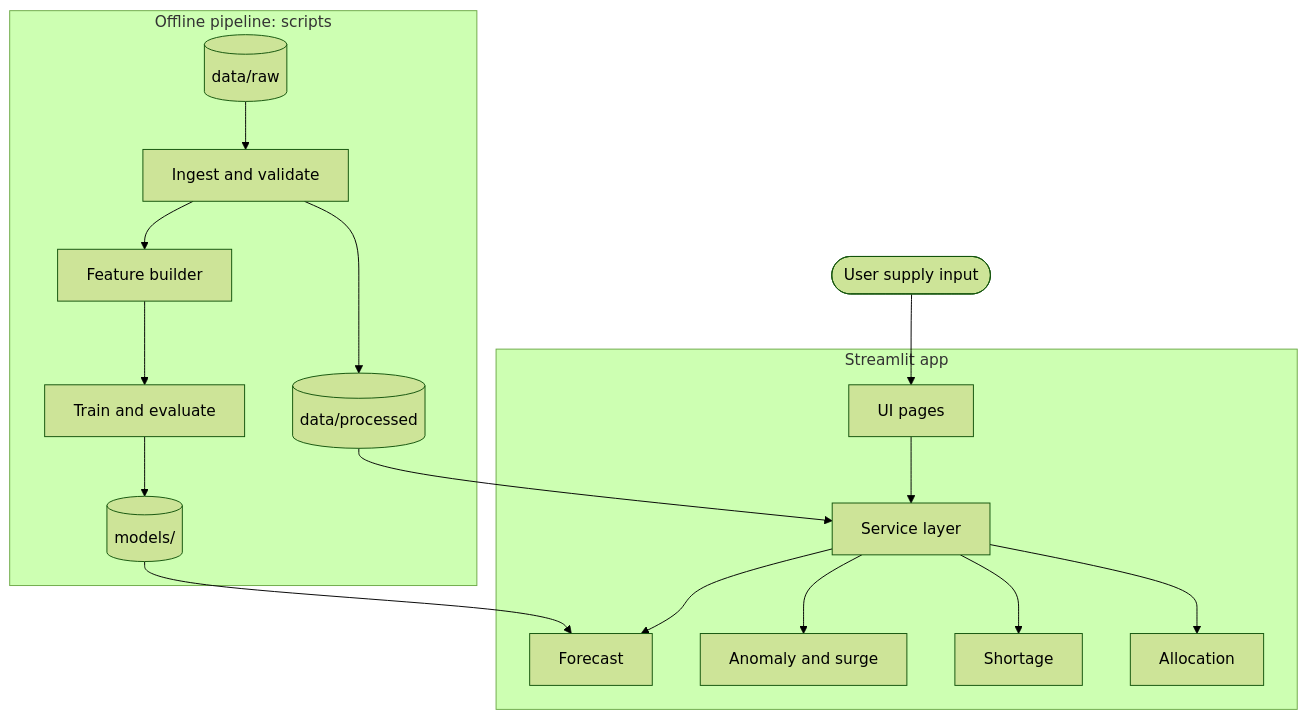
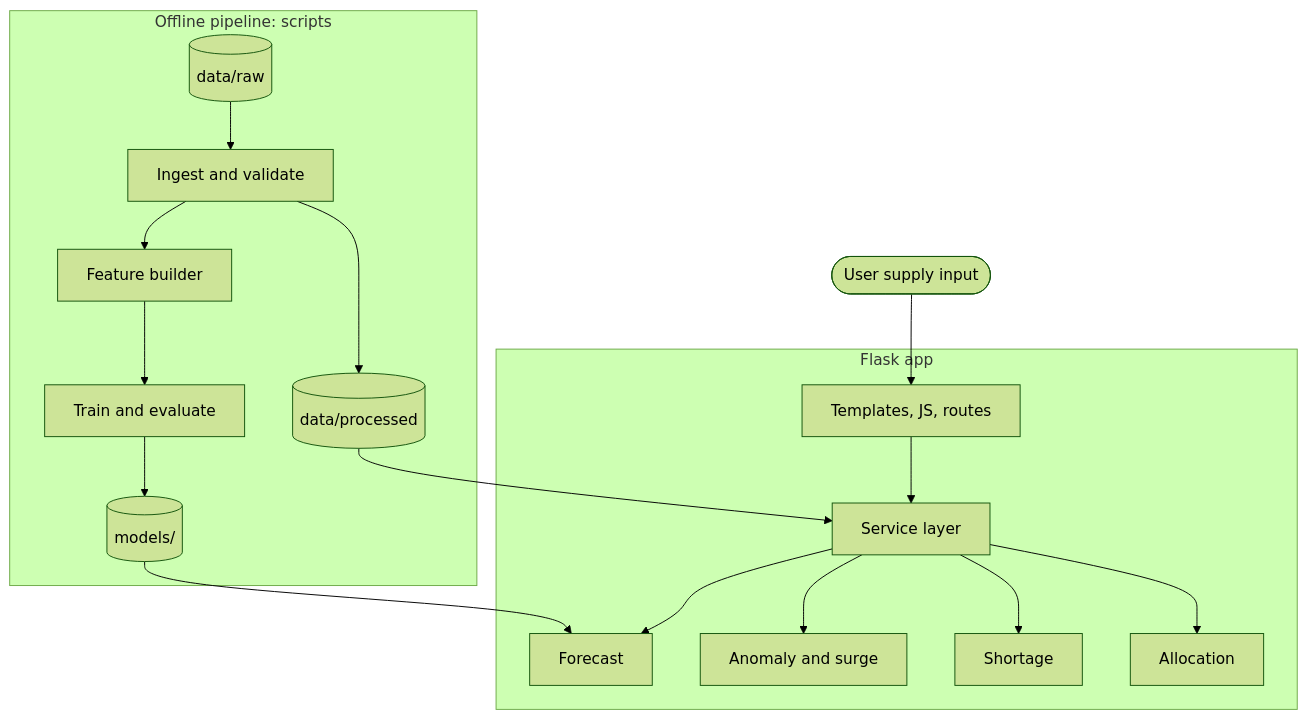
Before and after one commit to Omkale3827/jalsetu: the second of 3 diagrams in ARCHITECTURE.md, drawn with Mermaid (forest theme). The commit also changed other lines of this file and 5 other files, not shown here.

Commit message:
docs: update architecture, tech spec, design system, agents, and tasks to reflect Flask web framework (decision D-1)

````diff
--- a/ARCHITECTURE.md
+++ b/ARCHITECTURE.md
@@ -43,20 +43,20 @@
 ```mermaid
 flowchart TB
     subgraph Offline[Offline pipeline: scripts]
         RAW[(data/raw)] --> ING[Ingest and validate]
         ING --> FE[Feature builder]
         FE --> TRN[Train and evaluate]
         TRN --> MODEL[(models/)]
         ING --> PROC[(data/processed)]
     end
-    subgraph App[Streamlit app]
-        UI[UI pages] --> SVC[Service layer]
+    subgraph App[Flask app]
+        WEB[Templates, JS, routes] --> SVC[Service layer]
         SVC --> FC[Forecast]
         SVC --> AN[Anomaly and surge]
         SVC --> SH[Shortage]
         SVC --> AL[Allocation]
     end
     MODEL --> FC
     PROC --> SVC
-    SUPPLY([User supply input]) --> UI
+    SUPPLY([User supply input]) --> WEB
 ```
````
